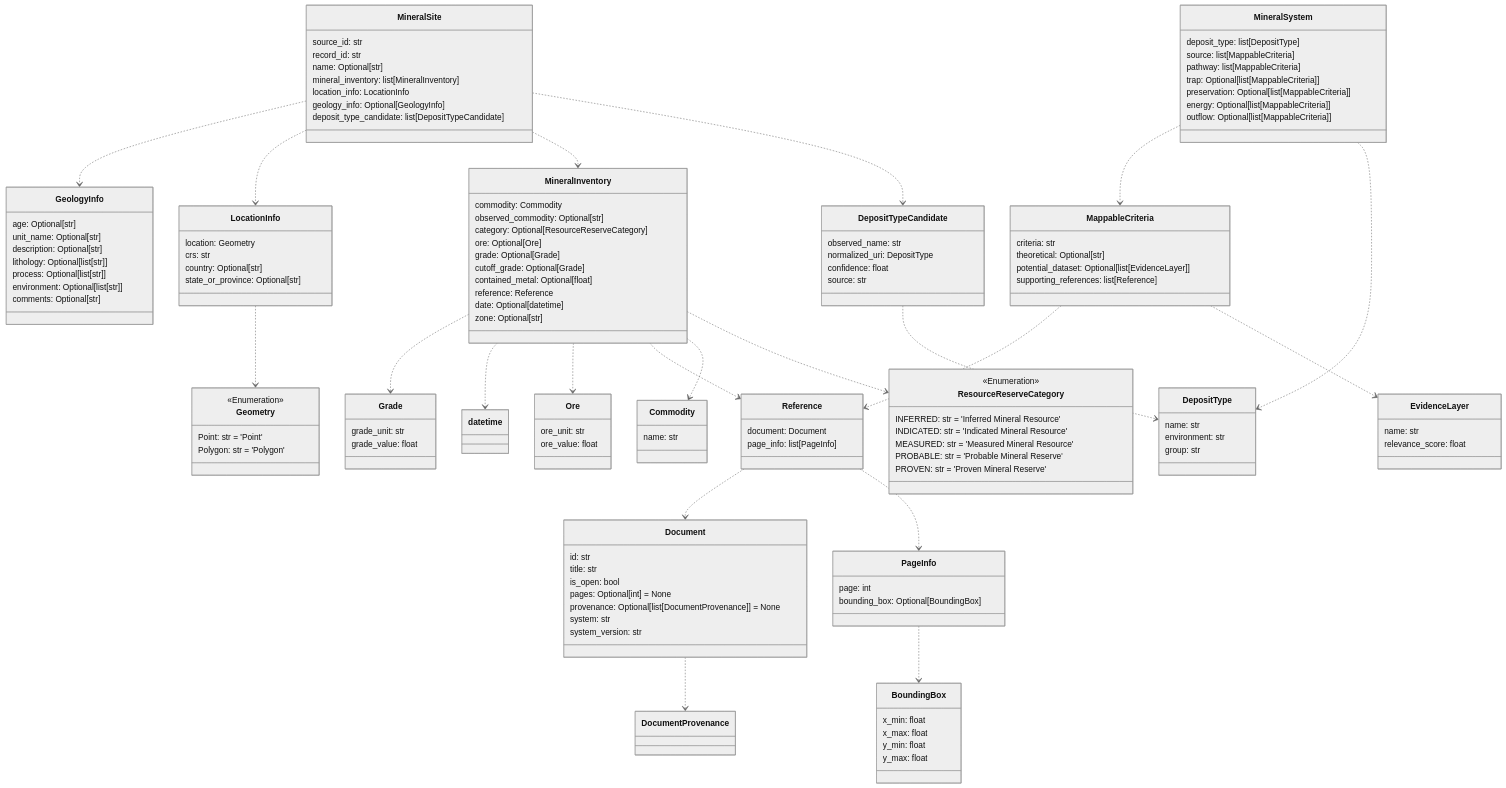
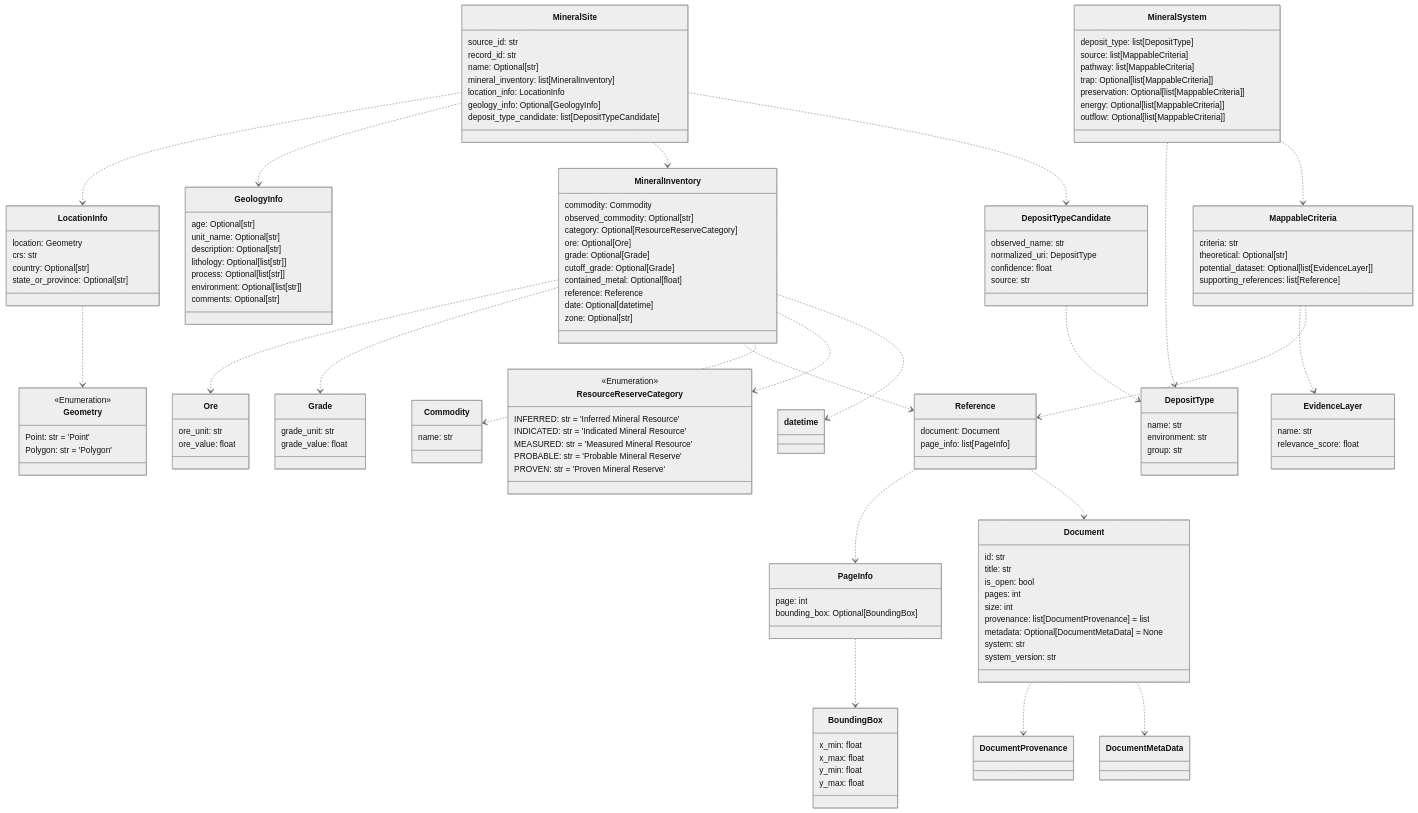
Before and after one commit to DARPA-CRITICALMAAS/cdr_schemas: the tenth of 12 diagrams in README.md, drawn with Mermaid (neutral theme). The commit also changed other lines of this file and 1 other file, not shown here.

Commit message:
doc metadata + upload schema

````diff
--- a/README.md
+++ b/README.md
@@ -655,9 +680,23 @@
 ```mermaid
 classDiagram
 
-    class Ore {
-        ore_unit: str
-        ore_value: float
+    class MineralSystem {
+        deposit_type: list[DepositType]
+        source: list[MappableCriteria]
+        pathway: list[MappableCriteria]
+        trap: Optional[list[MappableCriteria]]
+        preservation: Optional[list[MappableCriteria]]
+        energy: Optional[list[MappableCriteria]]
+        outflow: Optional[list[MappableCriteria]]
+    }
+
+    class PageInfo {
+        page: int
+        bounding_box: Optional[BoundingBox]
+    }
+
+    class Commodity {
+        name: str
     }
 
     class Geometry {
@@ -666,24 +705,9 @@
         Polygon: str = 'Polygon'
     }
 
-    class PageInfo {
-        page: int
-        bounding_box: Optional[BoundingBox]
-    }
-
-    class GeologyInfo {
-        age: Optional[str]
-        unit_name: Optional[str]
-        description: Optional[str]
-        lithology: Optional[list[str]]
-        process: Optional[list[str]]
-        environment: Optional[list[str]]
-        comments: Optional[str]
-    }
-
-    class Reference {
-        document: Document
-        page_info: list[PageInfo]
+    class Grade {
+        grade_unit: str
+        grade_value: float
     }
 
     class MineralInventory {
@@ -699,6 +723,13 @@
         zone: Optional[str]
     }
 
+    class MappableCriteria {
+        criteria: str
+        theoretical: Optional[str]
+        potential_dataset: Optional[list[EvidenceLayer]]
+        supporting_references: list[Reference]
+    }
+
     class DepositTypeCandidate {
         observed_name: str
         normalized_uri: DepositType
@@ -706,18 +737,19 @@
         source: str
     }
 
-    class Commodity {
-        name: str
+    class GeologyInfo {
+        age: Optional[str]
+        unit_name: Optional[str]
+        description: Optional[str]
+        lithology: Optional[list[str]]
+        process: Optional[list[str]]
+        environment: Optional[list[str]]
+        comments: Optional[str]
     }
 
-    class Document {
-        id: str
-        title: str
-        is_open: bool
-        pages: Optional[int] = None
-        provenance: Optional[list[DocumentProvenance]] = None
-        system: str
-        system_version: str
+    class Ore {
+        ore_unit: str
+        ore_value: float
     }
 
     class DepositType {
@@ -726,16 +758,9 @@
         group: str
     }
 
-    class BoundingBox {
-        x_min: float
-        x_max: float
-        y_min: float
-        y_max: float
-    }
-
-    class Grade {
-        grade_unit: str
-        grade_value: float
+    class EvidenceLayer {
+        name: str
+        relevance_score: float
     }
 
     class MineralSite {
@@ -748,30 +773,6 @@
         deposit_type_candidate: list[DepositTypeCandidate]
     }
 
-    class LocationInfo {
-        location: Geometry
-        crs: str
-        country: Optional[str]
-        state_or_province: Optional[str]
-    }
-
-    class MineralSystem {
-        deposit_type: list[DepositType]
-        source: list[MappableCriteria]
-        pathway: list[MappableCriteria]
-        trap: Optional[list[MappableCriteria]]
-        preservation: Optional[list[MappableCriteria]]
-        energy: Optional[list[MappableCriteria]]
-        outflow: Optional[list[MappableCriteria]]
-    }
-
-    class MappableCriteria {
-        criteria: str
-        theoretical: Optional[str]
-        potential_dataset: Optional[list[EvidenceLayer]]
-        supporting_references: list[Reference]
-    }
-
     class ResourceReserveCategory {
         <<Enumeration>>
         INFERRED: str = 'Inferred Mineral Resource'
@@ -781,11 +782,38 @@
         PROVEN: str = 'Proven Mineral Reserve'
     }
 
-    class EvidenceLayer {
-        name: str
-        relevance_score: float
+    class LocationInfo {
+        location: Geometry
+        crs: str
+        country: Optional[str]
+        state_or_province: Optional[str]
     }
 
+    class Reference {
+        document: Document
+        page_info: list[PageInfo]
+    }
+
+    class BoundingBox {
+        x_min: float
+        x_max: float
+        y_min: float
+        y_max: float
+    }
+
+    class Document {
+        id: str
+        title: str
+        is_open: bool
+        pages: int
+        size: int
+        provenance: list[DocumentProvenance] = list
+        metadata: Optional[DocumentMetaData] = None
+        system: str
+        system_version: str
+    }
+
+    Document ..> DocumentMetaData
     Document ..> DocumentProvenance
     DepositTypeCandidate ..> DepositType
     PageInfo ..> BoundingBox
@@ -795,17 +823,17 @@
     MappableCriteria ..> EvidenceLayer
     MineralSystem ..> MappableCriteria
     MineralSystem ..> DepositType
+    MineralInventory ..> datetime
+    MineralInventory ..> ResourceReserveCategory
+    MineralInventory ..> Commodity
+    MineralInventory ..> Reference
     MineralInventory ..> Grade
-    MineralInventory ..> datetime
     MineralInventory ..> Ore
-    MineralInventory ..> Reference
-    MineralInventory ..> Commodity
-    MineralInventory ..> ResourceReserveCategory
     LocationInfo ..> Geometry
+    MineralSite ..> DepositTypeCandidate
+    MineralSite ..> MineralInventory
     MineralSite ..> GeologyInfo
     MineralSite ..> LocationInfo
-    MineralSite ..> MineralInventory
-    MineralSite ..> DepositTypeCandidate
 
 
 ```
````
